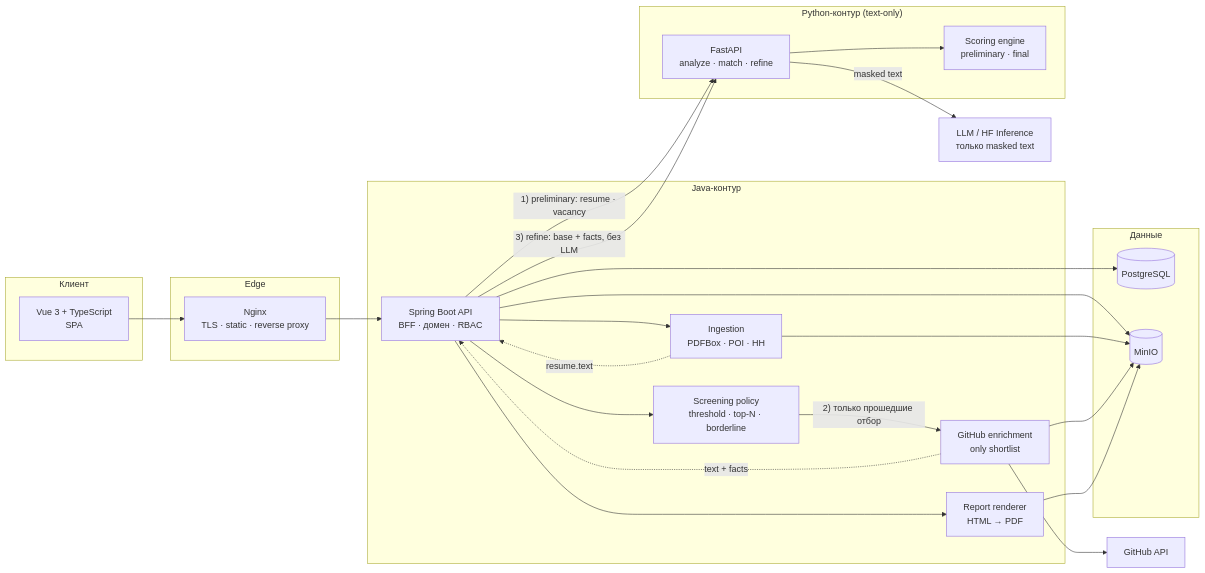
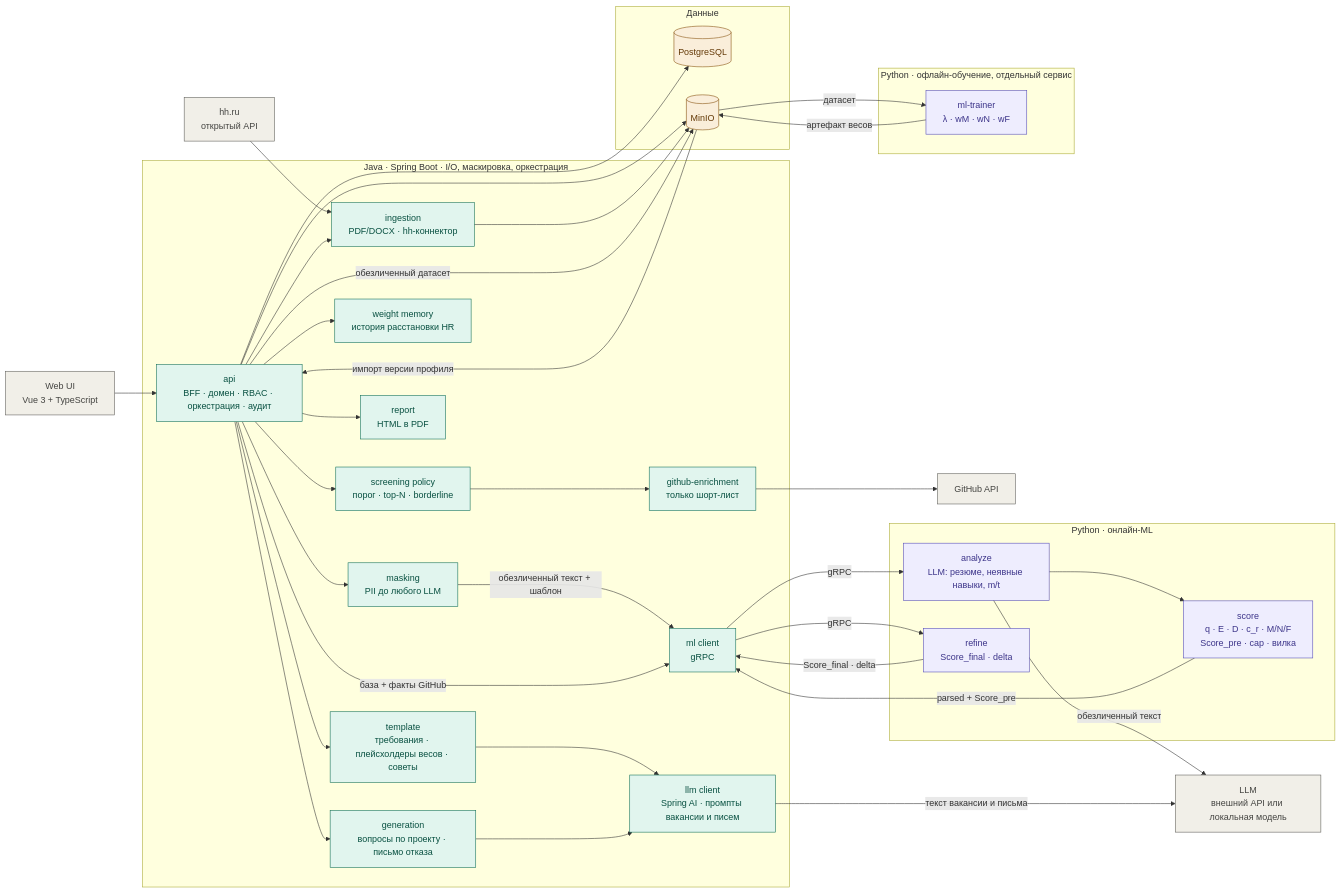
The second of 7 diagrams in README.md (MiZentUi/tracing_ats), drawn with Mermaid before and after one commit. The commit also changed other lines of this file and 3 other files, not shown here.

````diff
--- a/README.md
+++ b/README.md
@@ -177,45 +164,79 @@
 ```mermaid
 flowchart LR
-    subgraph CLIENT["Клиент"]
-        WEB["Vue 3 + TypeScript<br/>SPA"]
+    classDef ext fill:#F1EFE8,stroke:#5F5E5A,color:#444441
+    classDef java fill:#E1F5EE,stroke:#0F6E56,color:#085041
+    classDef py fill:#EEEDFE,stroke:#534AB7,color:#3C3489
+    classDef data fill:#FAEEDA,stroke:#854F0B,color:#633806
+
+    WEB["Web UI<br/>Vue 3 + TypeScript"]
+    HH["hh.ru<br/>открытый API"]
+    GH["GitHub API"]
+    LLM["LLM<br/>внешний API или локальная модель"]
+
+    subgraph JAVA["Java · Spring Boot · I/O, маскировка, оркестрация"]
+        API["api<br/>BFF · домен · RBAC · оркестрация · аудит"]
+        ING["ingestion<br/>PDF/DOCX · hh-коннектор"]
+        MASK["masking<br/>PII до любого LLM"]
+        TPL["template<br/>требования · плейсхолдеры весов · советы"]
+        LLMC["llm client<br/>Spring AI · промпты вакансии и писем"]
+        GEN["generation<br/>вопросы по проекту · письмо отказа"]
+        ML["ml client<br/>gRPC"]
+        WM["weight memory<br/>история расстановки HR"]
+        POL["screening policy<br/>порог · top-N · borderline"]
+        GHE["github-enrichment<br/>только шорт-лист"]
+        REP["report<br/>HTML в PDF"]
     end
-    subgraph EDGE["Edge"]
-        NGX["Nginx<br/>TLS · static · reverse proxy"]
+
+    subgraph PY["Python · онлайн-ML"]
+        ANALYZE["analyze<br/>LLM: резюме, неявные навыки, m/t"]
+        SCORE["score<br/>q · E · D · c_r · M/N/F<br/>Score_pre · cap · вилка"]
+        REFINE["refine<br/>Score_final · delta"]
     end
-    subgraph APP["Java-контур"]
-        API["Spring Boot API<br/>BFF · домен · RBAC"]
-        ING["Ingestion<br/>PDFBox · POI · HH"]
-        SCREEN["Screening policy<br/>threshold · top-N · borderline"]
-        ENRICH["GitHub enrichment<br/>only shortlist"]
-        REPORT["Report renderer<br/>HTML → PDF"]
+
+    subgraph TRAIN["Python · офлайн-обучение, отдельный сервис"]
+        TR["ml-trainer<br/>λ · wM · wN · wF"]
     end
-    subgraph MLC["Python-контур (text-only)"]
-        MLS["FastAPI<br/>analyze · match · refine"]
-        SCORE["Scoring engine<br/>preliminary · final"]
-    end
+
     subgraph DATA["Данные"]
         PG[("PostgreSQL")]
         S3[("MinIO")]
     end
-    LLM["LLM / HF Inference<br/>только masked text"]
-    GH["GitHub API"]
 
-    WEB --> NGX
-    NGX --> API
+    WEB --> API
+    HH --> ING
+    API --> ING
+    API --> MASK
+    API --> TPL
+    API --> GEN
+    API --> WM
+    API --> POL
+    POL --> GHE
+    GHE --> GH
+    API --> REP
     API --> PG
     API --> S3
-    API --> ING
     ING --> S3
-    ING -.->|"resume.text"| API
-    API -->|"1) preliminary: resume · vacancy"| MLS
-    API --> SCREEN
-    SCREEN -->|"2) только прошедшие отбор"| ENRICH
-    ENRICH --> GH
-    ENRICH --> S3
-    ENRICH -.->|"text + facts"| API
-    API -->|"3) refine: base + facts, без LLM"| MLS
-    MLS --> SCORE
-    MLS -->|"masked text"| LLM
-    API --> REPORT
-    REPORT --> S3
+
+    TPL --> LLMC
+    GEN --> LLMC
+    LLMC -->|"текст вакансии и письма"| LLM
+
+    MASK -->|"обезличенный текст + шаблон"| ML
+    API -->|"база + факты GitHub"| ML
+    ML -->|"gRPC"| ANALYZE
+    ML -->|"gRPC"| REFINE
+    ANALYZE -->|"обезличенный текст"| LLM
+    ANALYZE --> SCORE
+    SCORE -->|"parsed + Score_pre"| ML
+    REFINE -->|"Score_final · delta"| ML
+
+    API -->|"обезличенный датасет"| S3
+    S3 -->|"датасет"| TR
+    TR -->|"артефакт весов"| S3
+    S3 -->|"импорт версии профиля"| API
+
+    class WEB,HH,GH,LLM ext
+    class API,ING,MASK,TPL,LLMC,GEN,ML,WM,POL,GHE,REP java
+    class ANALYZE,SCORE,REFINE,TR py
+    class PG,S3 data
 ```
````
